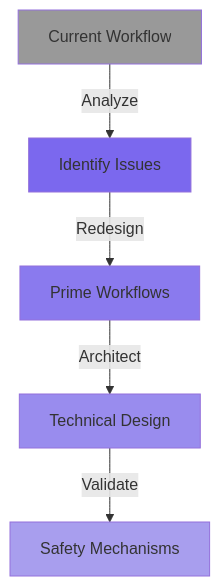
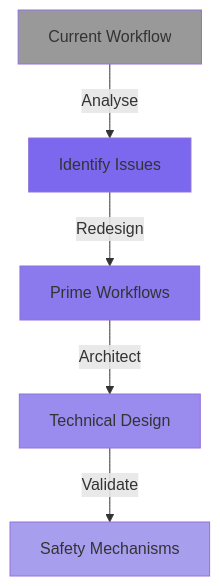
Before and after one commit to Nautomation-Prime/nautomation-prime.github.io: the diagram in docs/prime-framework/re-engineer.md, drawn with Mermaid. The commit also changed other lines of this file and 6 other files, not shown here.

````diff
--- a/docs/prime-framework/re-engineer.md
+++ b/docs/prime-framework/re-engineer.md
@@ -17,13 +17,13 @@
 ```mermaid
 graph TD
-    A[Current Workflow] -->|Analyze| B[Identify Issues]
+    A[Current Workflow] -->|Analyse| B[Identify Issues]
     B -->|Redesign| C[Prime Workflows]
     C -->|Architect| D[Technical Design]
     D -->|Validate| E[Safety Mechanisms]
     
     style A fill:#999
     style B fill:#7B68EE
     style C fill:#8A7AEE
     style D fill:#998CEE
     style E fill:#A89EEE
 ```
````
